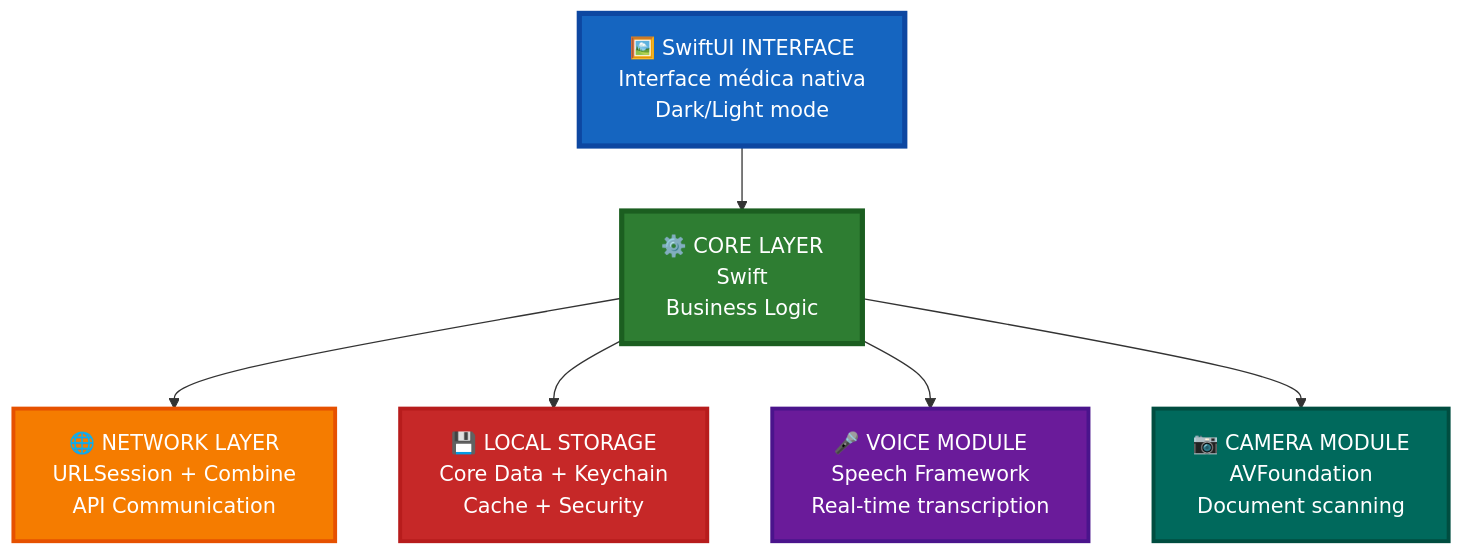
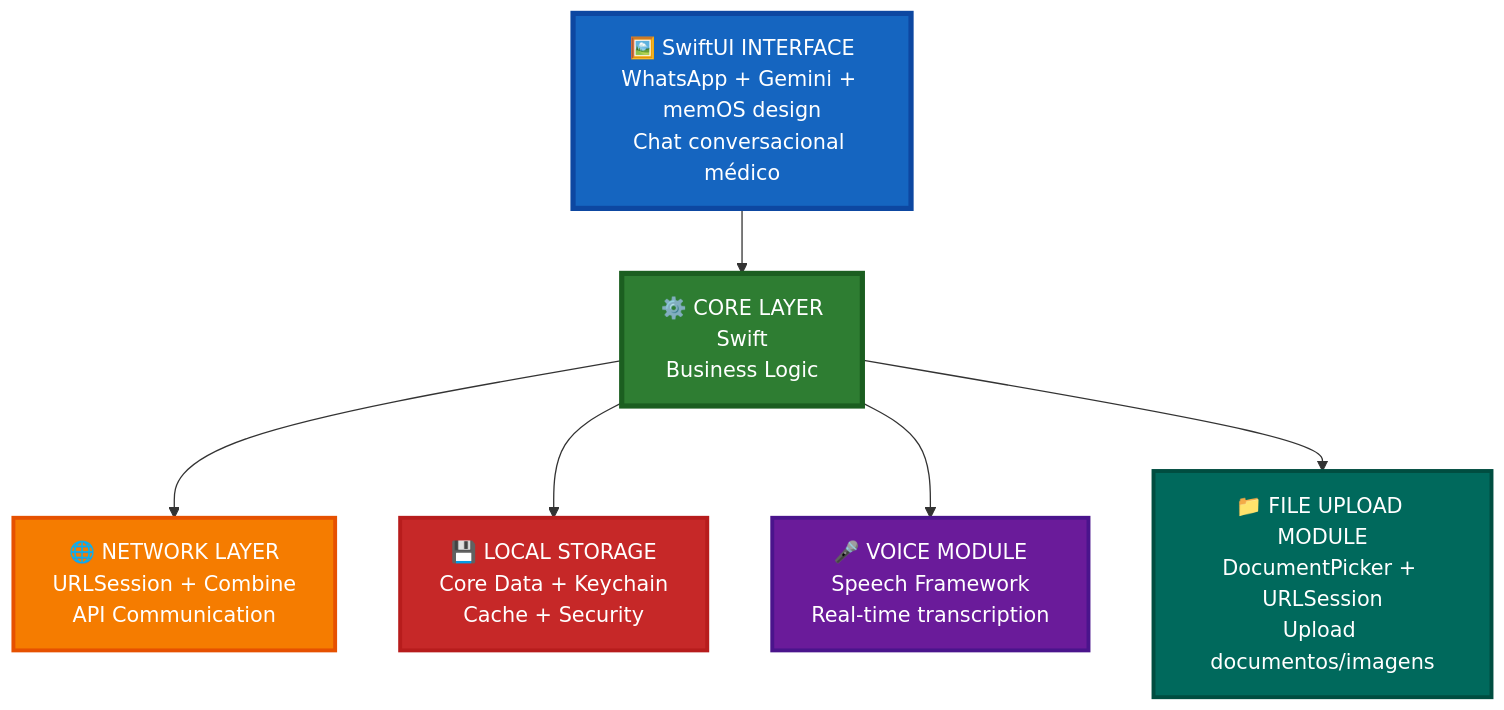
The eighth of 10 diagrams in ARCHITECTURE.md (brunovlucena/prontuario), drawn with Mermaid before and after one commit. The commit also changed other lines of this file and 2 other files, not shown here.

````diff
--- a/ARCHITECTURE.md
+++ b/ARCHITECTURE.md
@@ -272,27 +273,27 @@
 ```mermaid
 flowchart TD
-    UI["🖼️ SwiftUI INTERFACE<br/>Interface médica nativa<br/>Dark/Light mode"]
+    UI["🖼️ SwiftUI INTERFACE<br/>WhatsApp + Gemini + memOS design<br/>Chat conversacional médico"]
     
     Core["⚙️ CORE LAYER<br/>Swift<br/>Business Logic"]
     
     Network["🌐 NETWORK LAYER<br/>URLSession + Combine<br/>API Communication"]
     
     Storage["💾 LOCAL STORAGE<br/>Core Data + Keychain<br/>Cache + Security"]
     
     Voice["🎤 VOICE MODULE<br/>Speech Framework<br/>Real-time transcription"]
     
-    Camera["📷 CAMERA MODULE<br/>AVFoundation<br/>Document scanning"]
+    FileUpload["📁 FILE UPLOAD MODULE<br/>DocumentPicker + URLSession<br/>Upload documentos/imagens"]
 
     UI --> Core
     Core --> Network
     Core --> Storage
     Core --> Voice
-    Core --> Camera
+    Core --> FileUpload
 
     style UI fill:#1565C0,stroke:#0D47A1,stroke-width:4px,color:#fff
     style Core fill:#2E7D32,stroke:#1B5E20,stroke-width:4px,color:#fff
     style Network fill:#F57C00,stroke:#E65100,stroke-width:3px,color:#fff
     style Storage fill:#C62828,stroke:#B71C1C,stroke-width:3px,color:#fff
     style Voice fill:#6A1B9A,stroke:#4A148C,stroke-width:3px,color:#fff
-    style Camera fill:#00695C,stroke:#004D40,stroke-width:3px,color:#fff
+    style FileUpload fill:#00695C,stroke:#004D40,stroke-width:3px,color:#fff
 ```
````
